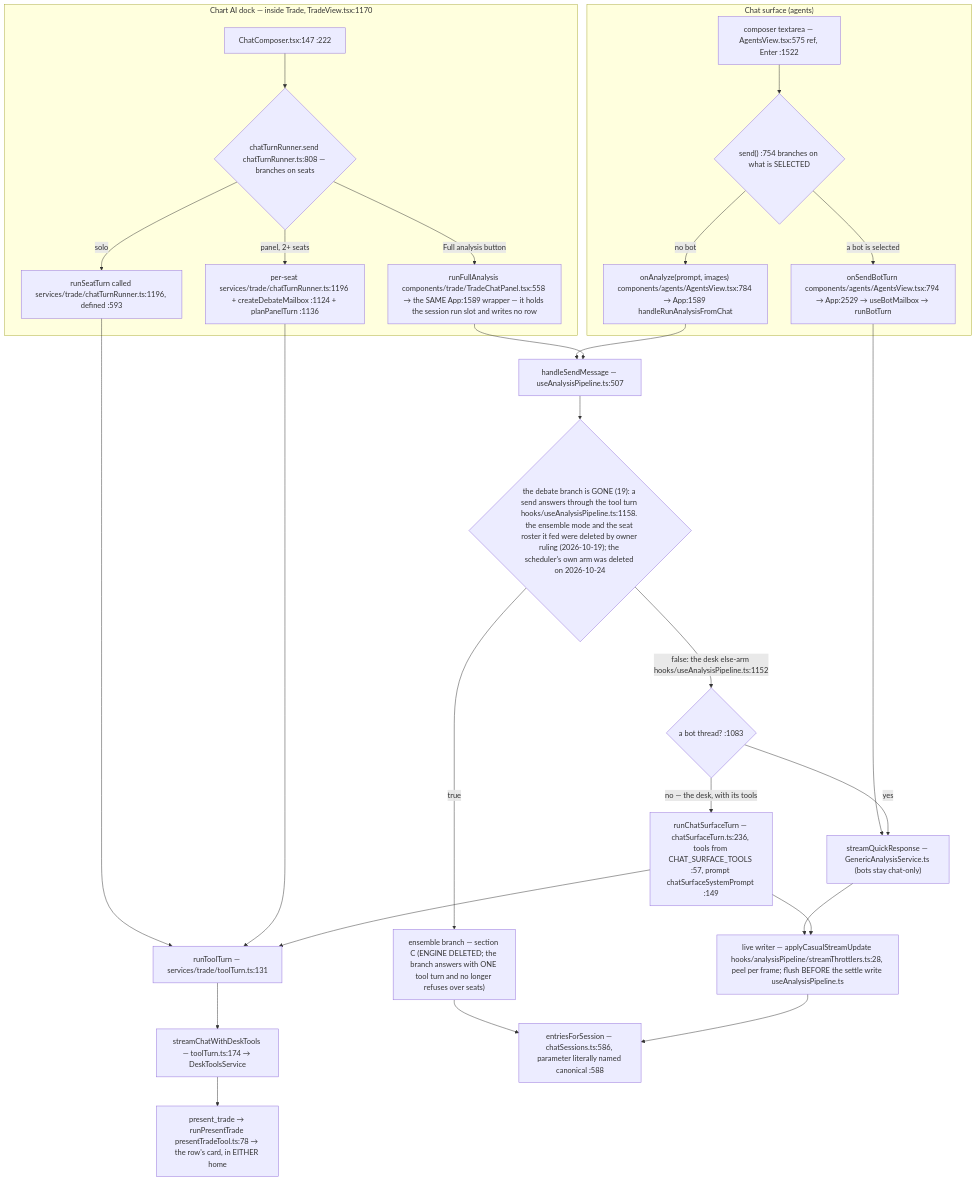
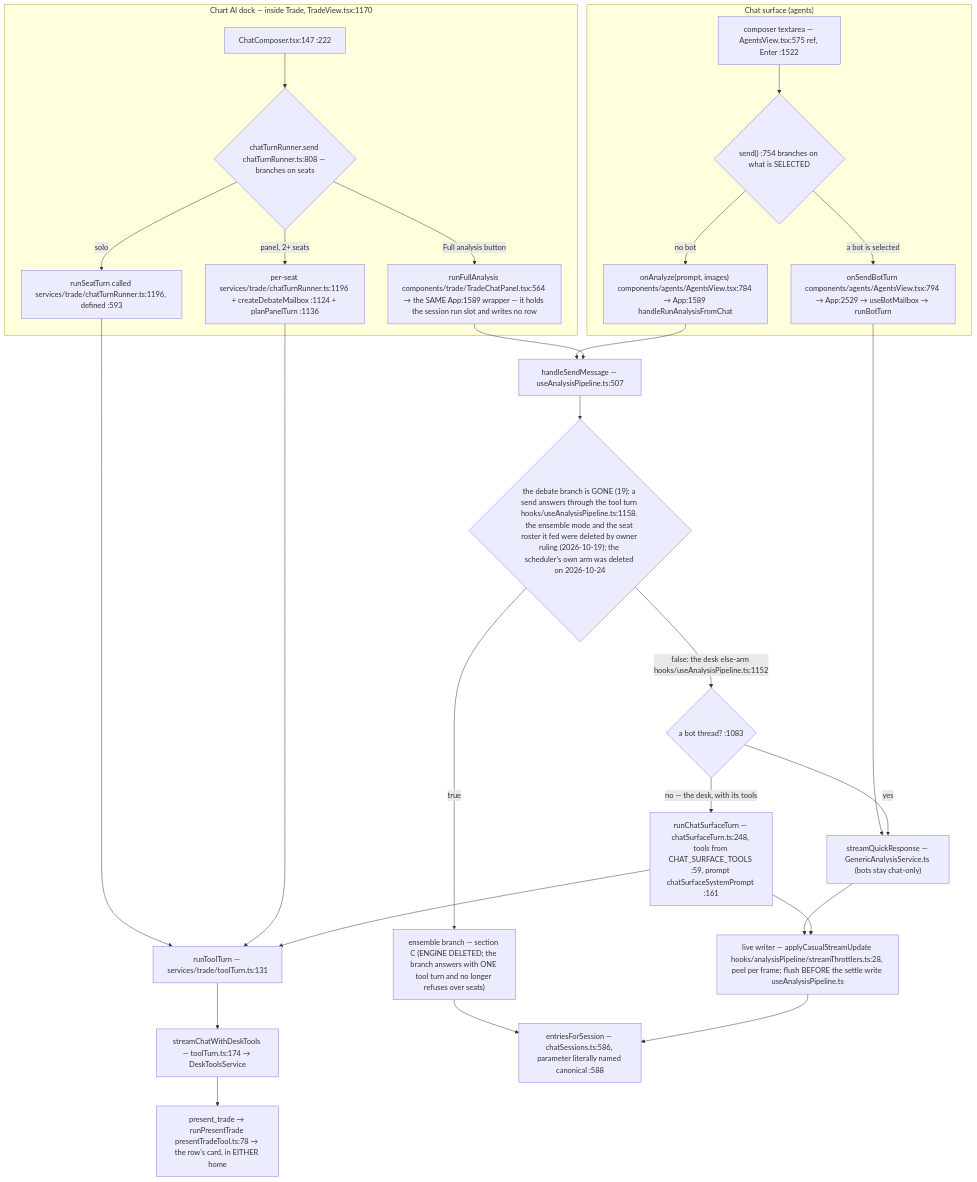
Before and after one commit to Acepay25/august-3.5: the second of 8 diagrams in docs/app-flow.md, drawn with Mermaid. The commit also changed other lines of this file and 2 other files, not shown here.

First line of the commit message:
docs(flow): re-anchor every citation the memory-pass insertions moved

````diff
--- a/docs/app-flow.md
+++ b/docs/app-flow.md
@@ -78,31 +78,31 @@
 ```mermaid
 flowchart TD
     subgraph CHAT["Chat surface (agents)"]
         CB["composer textarea — AgentsView.tsx:575 ref, Enter :1522"] --> D1{"send() :754 branches on what is SELECTED"}
         D1 -->|a bot is selected| BOT["onSendBotTurn components/agents/AgentsView.tsx:794 → App:2529 → useBotMailbox → runBotTurn"]
         D1 -->|no bot| AN["onAnalyze(prompt, images) components/agents/AgentsView.tsx:784 → App:1589 handleRunAnalysisFromChat"]
     end
     subgraph DOCK["Chart AI dock — inside Trade, TradeView.tsx:1170"]
         DC["ChatComposer.tsx:147 :222"] --> D2{"chatTurnRunner.send chatTurnRunner.ts:808 — branches on seats"}
         D2 -->|solo| SO["runSeatTurn called services/trade/chatTurnRunner.ts:1196, defined :593"]
         D2 -->|panel, 2+ seats| PN["per-seat services/trade/chatTurnRunner.ts:1196 + createDebateMailbox :1124 + planPanelTurn :1136"]
-        D2 -->|Full analysis button| FA["runFullAnalysis components/trade/TradeChatPanel.tsx:558 → the SAME App:1589 wrapper — it holds the session run slot and writes no row"]
+        D2 -->|Full analysis button| FA["runFullAnalysis components/trade/TradeChatPanel.tsx:564 → the SAME App:1589 wrapper — it holds the session run slot and writes no row"]
     end
     SO --> TT["runToolTurn — services/trade/toolTurn.ts:131"]
     PN --> TT
     TT --> SCDT["streamChatWithDeskTools — toolTurn.ts:174 → DeskToolsService"]
     BOT --> TR["streamQuickResponse — GenericAnalysisService.ts (bots stay chat-only)"]
     AN --> HSM["handleSendMessage — useAnalysisPipeline.ts:507"]
     FA --> HSM
     HSM --> D3{"the debate branch is GONE (19): a send answers through the tool turn hooks/useAnalysisPipeline.ts:1158. the ensemble mode and the seat roster it fed were deleted by owner ruling (2026-10-19); the scheduler's own arm was deleted on 2026-10-24"}
     D3 -->|true| ENS["ensemble branch — section C (ENGINE DELETED; the branch answers with ONE tool turn and no longer refuses over seats)"]
     D3 -->|false: the desk else-arm hooks/useAnalysisPipeline.ts:1152| SPLIT{"a bot thread? :1083"}
     SPLIT -->|yes| TR
-    SPLIT -->|no — the desk, with its tools| CST["runChatSurfaceTurn — chatSurfaceTurn.ts:236, tools from CHAT_SURFACE_TOOLS :57, prompt chatSurfaceSystemPrompt :149"]
+    SPLIT -->|no — the desk, with its tools| CST["runChatSurfaceTurn — chatSurfaceTurn.ts:248, tools from CHAT_SURFACE_TOOLS :59, prompt chatSurfaceSystemPrompt :161"]
     CST --> TT
     TR --> LW["live writer — applyCasualStreamUpdate hooks/analysisPipeline/streamThrottlers.ts:28, peel per frame; flush BEFORE the settle write useAnalysisPipeline.ts"]
     CST --> LW
     ENS --> MERGE
     LW --> MERGE["entriesForSession — chatSessions.ts:586, parameter literally named canonical :588"]
     SCDT --> PT["present_trade → runPresentTrade presentTradeTool.ts:78 → the row's card, in EITHER home"]
 ```
````
